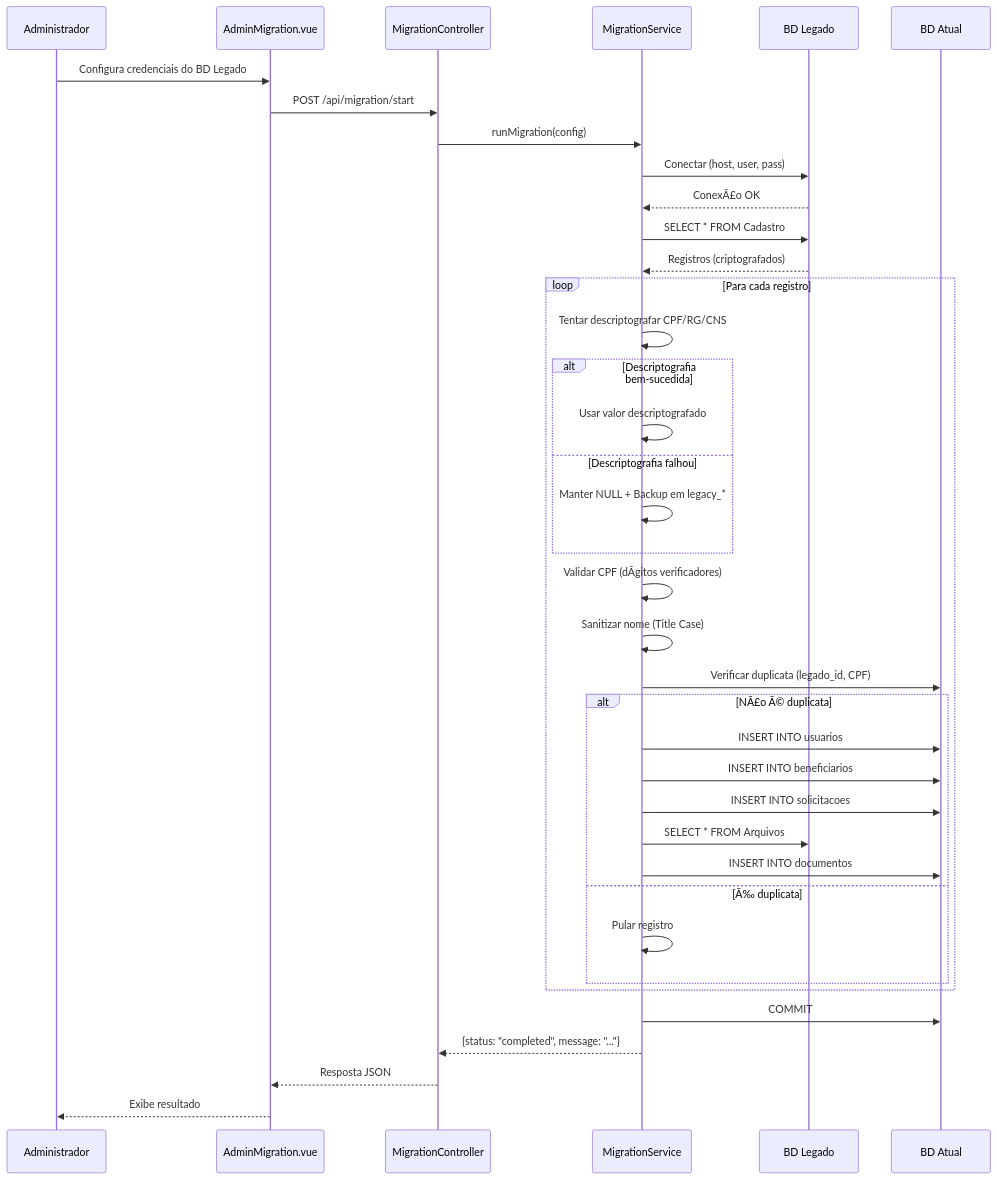
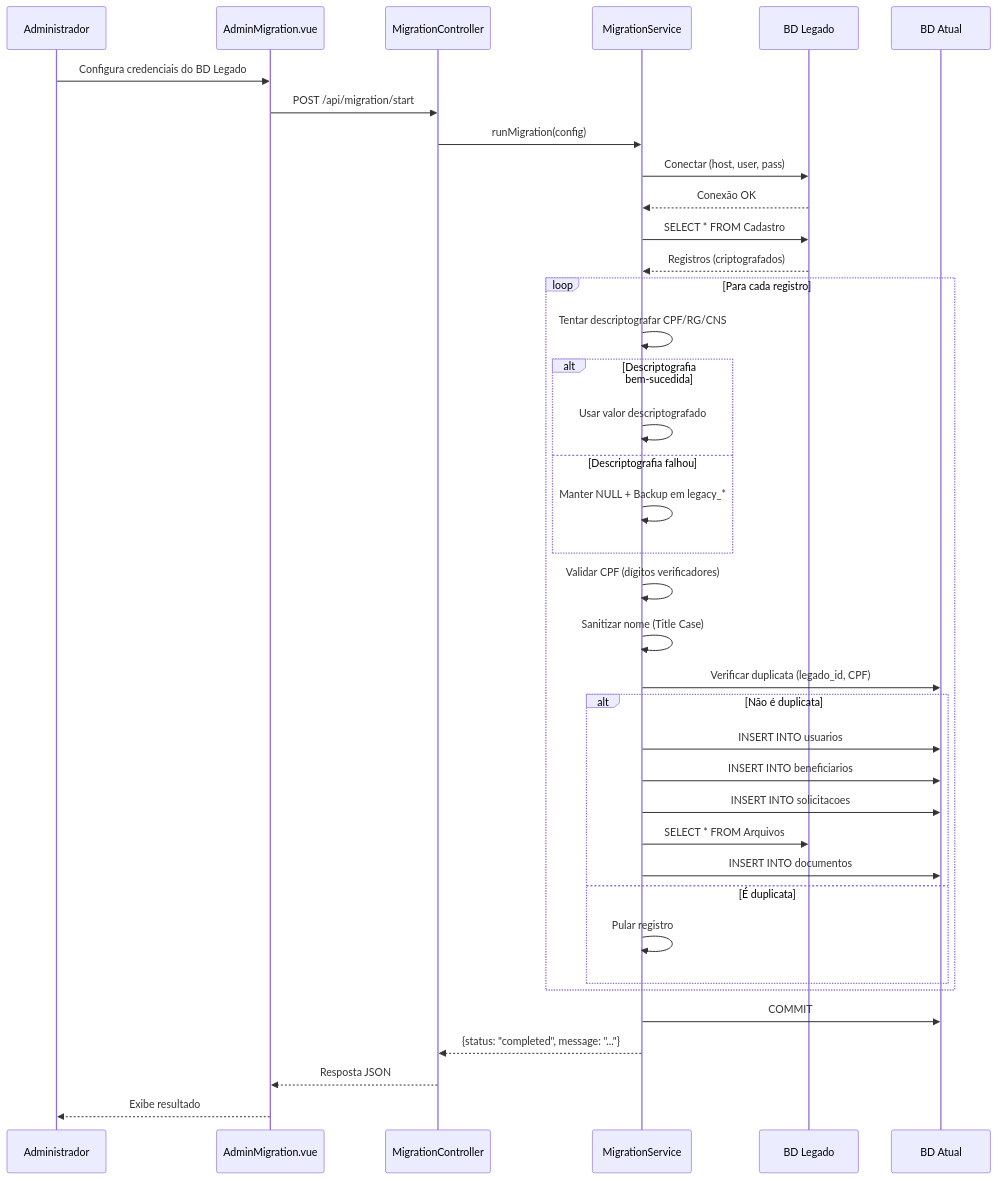
The second of 5 diagrams in docs/architecture/migration_architecture.md (vhpontes/portal-inclusao-showcase), drawn with Mermaid before and after one commit. The commit also changed other lines of this file and 17 other files, not shown here.

````diff
--- a/docs/architecture/migration_architecture.md
+++ b/docs/architecture/migration_architecture.md
@@ -61,49 +61,49 @@
 ```mermaid
 sequenceDiagram
     participant Admin as Administrador
     participant UI as AdminMigration.vue
     participant API as MigrationController
     participant Svc as MigrationService
     participant Legacy as BD Legado
     participant Target as BD Atual
     
     Admin->>UI: Configura credenciais do BD Legado
     UI->>API: POST /api/migration/start
     
     API->>Svc: runMigration(config)
     Svc->>Legacy: Conectar (host, user, pass)
-    Legacy-->>Svc: ConexÃ£o OK
+    Legacy-->>Svc: Conexão OK
     
     Svc->>Legacy: SELECT * FROM Cadastro
     Legacy-->>Svc: Registros (criptografados)
     
     loop Para cada registro
         Svc->>Svc: Tentar descriptografar CPF/RG/CNS
         
         alt Descriptografia bem-sucedida
             Svc->>Svc: Usar valor descriptografado
         else Descriptografia falhou
             Svc->>Svc: Manter NULL + Backup em legacy_*
         end
         
-        Svc->>Svc: Validar CPF (dÃ­gitos verificadores)
+        Svc->>Svc: Validar CPF (dígitos verificadores)
         Svc->>Svc: Sanitizar nome (Title Case)
         
         Svc->>Target: Verificar duplicata (legado_id, CPF)
         
-        alt NÃ£o Ã© duplicata
+        alt Não é duplicata
             Svc->>Target: INSERT INTO usuarios
             Svc->>Target: INSERT INTO beneficiarios
             Svc->>Target: INSERT INTO solicitacoes
             Svc->>Legacy: SELECT * FROM Arquivos
             Svc->>Target: INSERT INTO documentos
-        else Ã‰ duplicata
+        else É duplicata
             Svc->>Svc: Pular registro
         end
     end
     
     Svc->>Target: COMMIT
     Svc-->>API: {status: "completed", message: "..."}
     API-->>UI: Resposta JSON
     UI-->>Admin: Exibe resultado
 ```
````
